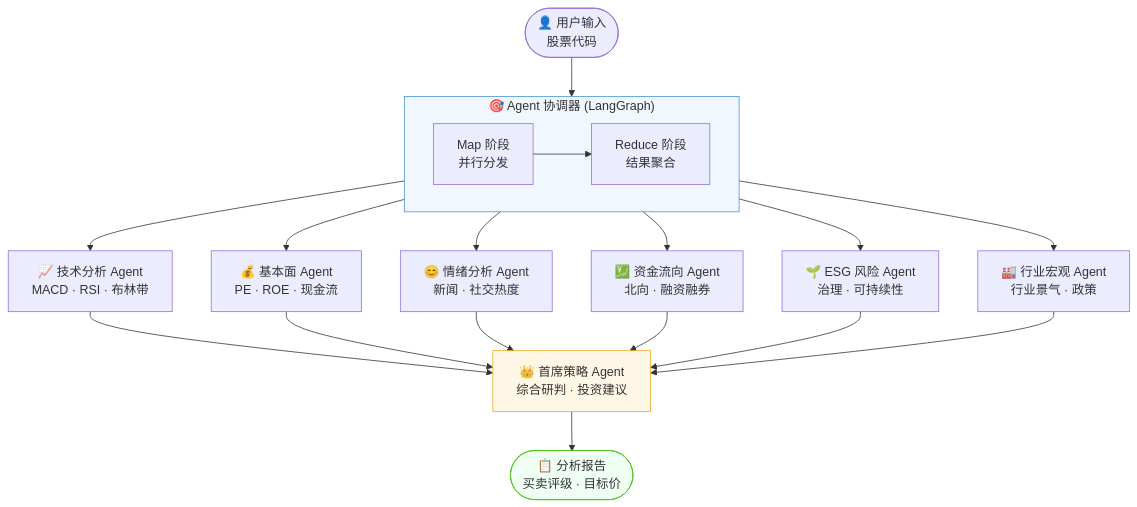
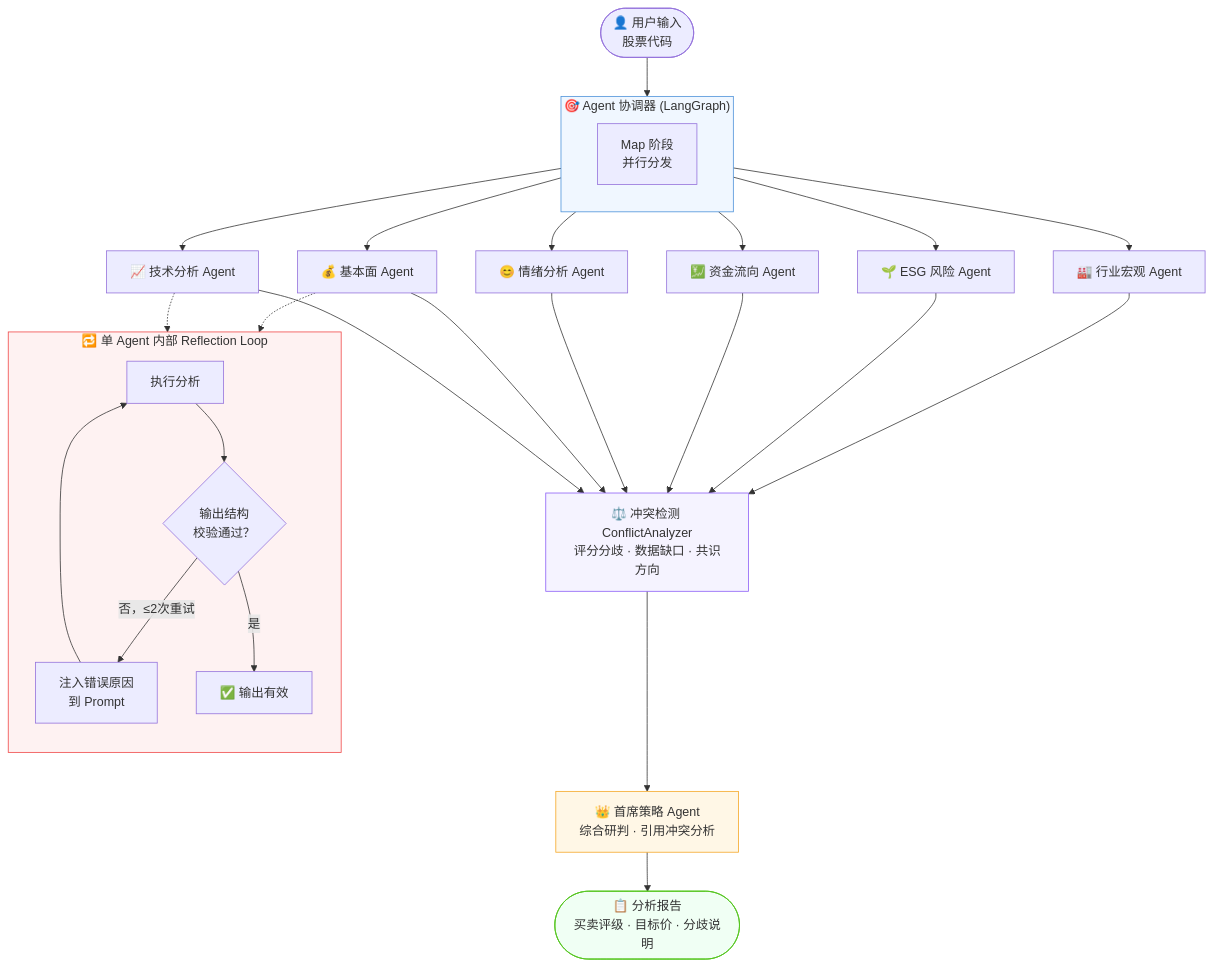
The first of 4 diagrams in README.md (erli523/stock-analysis-agent), drawn with Mermaid before and after one commit. The commit also changed other lines of this file and 4 other files, not shown here.

First line of the commit message:
feat: 实现 Agent Reflection Loop 与冲突检测机制

````diff
--- a/README.md
+++ b/README.md
@@ -37,24 +39,38 @@
 ```mermaid
 flowchart TD
     User(["👤 用户输入\n股票代码"]) --> Coord
 
     subgraph Coord["🎯 Agent 协调器 (LangGraph)"]
         direction LR
-        Map["Map 阶段\n并行分发"] --> Reduce["Reduce 阶段\n结果聚合"]
+        Map["Map 阶段\n并行分发"]
     end
 
-    Coord --> T["📈 技术分析 Agent\nMACD · RSI · 布林带"]
-    Coord --> F["💰 基本面 Agent\nPE · ROE · 现金流"]
-    Coord --> S["😊 情绪分析 Agent\n新闻 · 社交热度"]
-    Coord --> FF["💹 资金流向 Agent\n北向 · 融资融券"]
-    Coord --> E["🌱 ESG 风险 Agent\n治理 · 可持续性"]
-    Coord --> I["🏭 行业宏观 Agent\n行业景气 · 政策"]
+    Coord --> T["📈 技术分析 Agent"]
+    Coord --> F["💰 基本面 Agent"]
+    Coord --> S["😊 情绪分析 Agent"]
+    Coord --> FF["💹 资金流向 Agent"]
+    Coord --> E["🌱 ESG 风险 Agent"]
+    Coord --> I["🏭 行业宏观 Agent"]
 
-    T & F & S & FF & E & I --> Chief["👑 首席策略 Agent\n综合研判 · 投资建议"]
+    subgraph Reflect["🔁 单 Agent 内部 Reflection Loop"]
+        direction TB
+        Exec["执行分析"] --> Validate{"输出结构\n校验通过？"}
+        Validate -->|否，≤2次重试| Hint["注入错误原因\n到 Prompt"] --> Exec
+        Validate -->|是| Done["✅ 输出有效"]
+    end
 
-    Chief --> Report(["📋 分析报告\n买卖评级 · 目标价"])
+    T -.-> Reflect
+    F -.-> Reflect
+
+    T & F & S & FF & E & I --> Conflict["⚖️ 冲突检测 ConflictAnalyzer\n评分分歧 · 数据缺口 · 共识方向"]
+
+    Conflict --> Chief["👑 首席策略 Agent\n综合研判 · 引用冲突分析"]
+
+    Chief --> Report(["📋 分析报告\n买卖评级 · 目标价 · 分歧说明"])
 
     style Coord fill:#f0f7ff,stroke:#4a90d9
+    style Reflect fill:#fef2f2,stroke:#ef4444
+    style Conflict fill:#f5f3ff,stroke:#8b5cf6
     style Chief fill:#fff7e6,stroke:#f5a623
     style Report fill:#f0fff4,stroke:#52c41a
 ```
````
